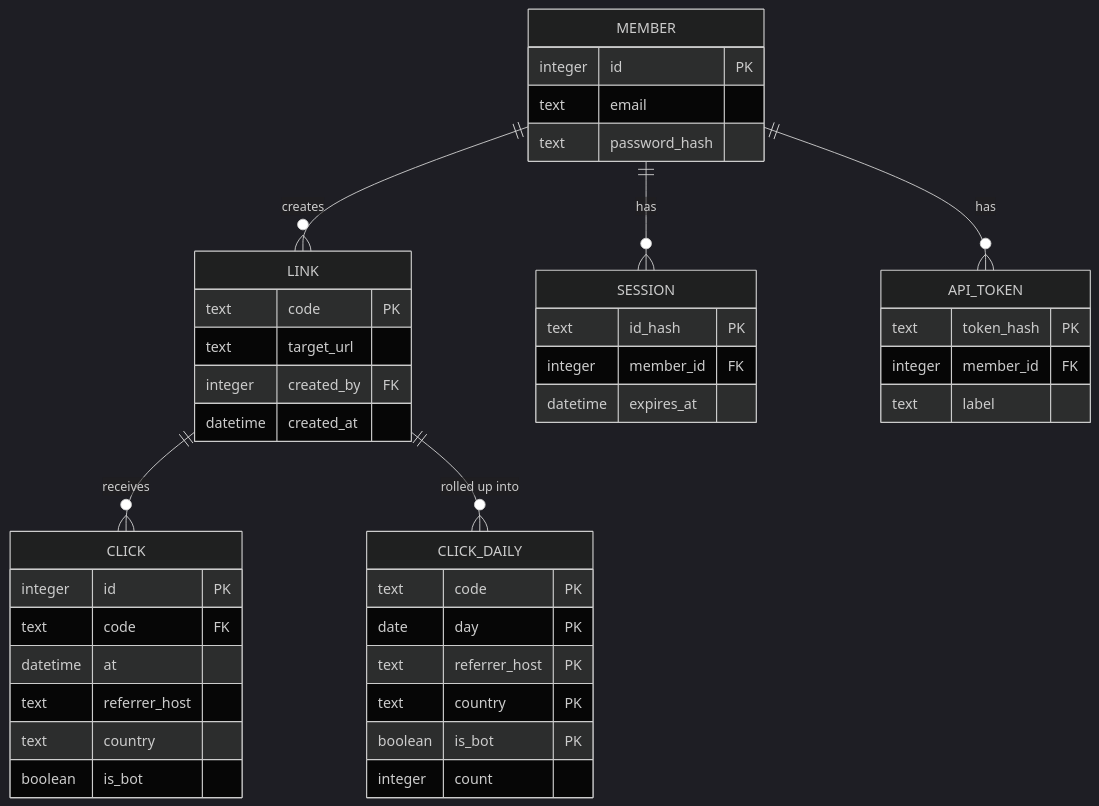
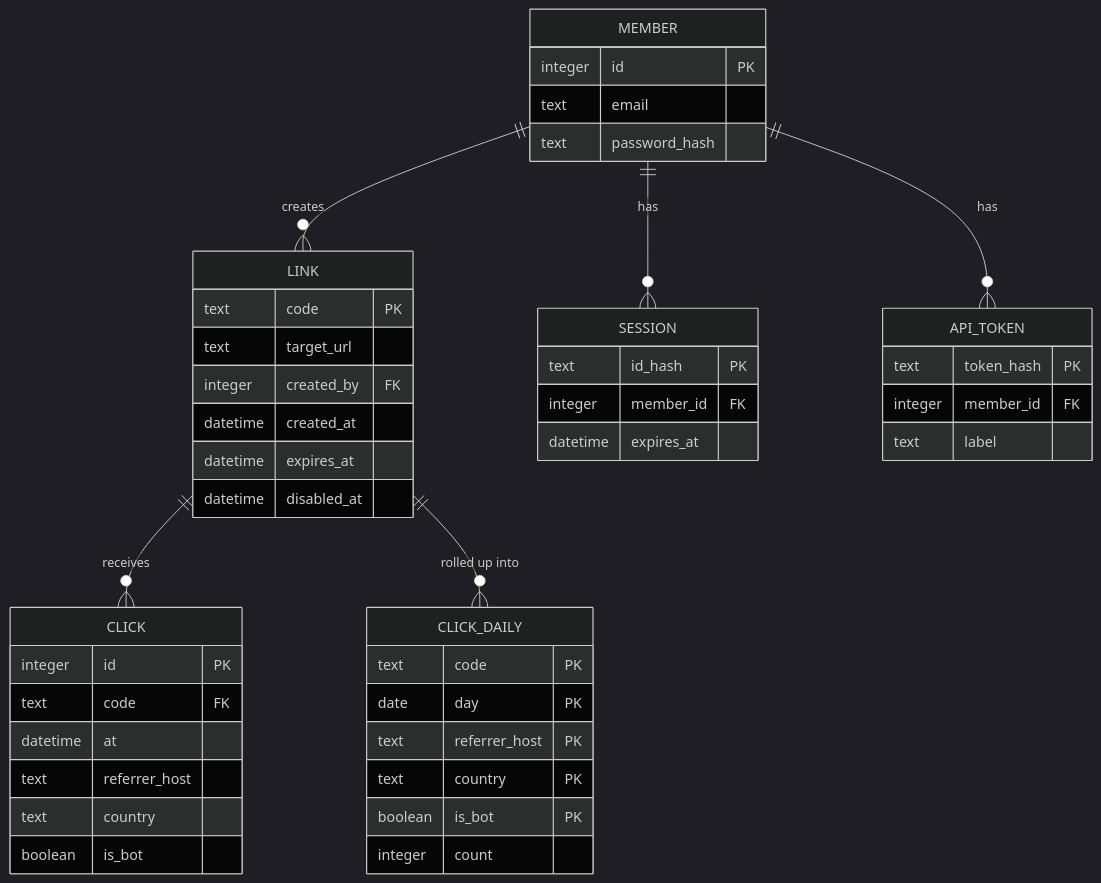
One commit to fwiesek/tech-design-skills changed the third of 6 diagrams in examples/link-shortener/docs/design/link-shortener/design.md. Above: the diagram before and after it, drawn with Mermaid (dark theme). The commit also changed other lines of this file and 1 other file, not shown here.

````diff
--- a/examples/link-shortener/docs/design/link-shortener/design.md
+++ b/examples/link-shortener/docs/design/link-shortener/design.md
@@ -97,45 +97,47 @@
 ```mermaid
 erDiagram
   MEMBER ||--o{ LINK : creates
   MEMBER ||--o{ SESSION : has
   MEMBER ||--o{ API_TOKEN : has
   LINK ||--o{ CLICK : receives
   LINK ||--o{ CLICK_DAILY : "rolled up into"
   MEMBER {
     integer id PK
     text email
     text password_hash
   }
   SESSION {
     text id_hash PK
     integer member_id FK
     datetime expires_at
   }
   API_TOKEN {
     text token_hash PK
     integer member_id FK
     text label
   }
   LINK {
     text code PK
     text target_url
     integer created_by FK
     datetime created_at
+    datetime expires_at
+    datetime disabled_at
   }
   CLICK {
     integer id PK
     text code FK
     datetime at
     text referrer_host
     text country
     boolean is_bot
   }
   CLICK_DAILY {
     text code PK
     date day PK
     text referrer_host PK
     text country PK
     boolean is_bot PK
     integer count
   }
 ```
````
